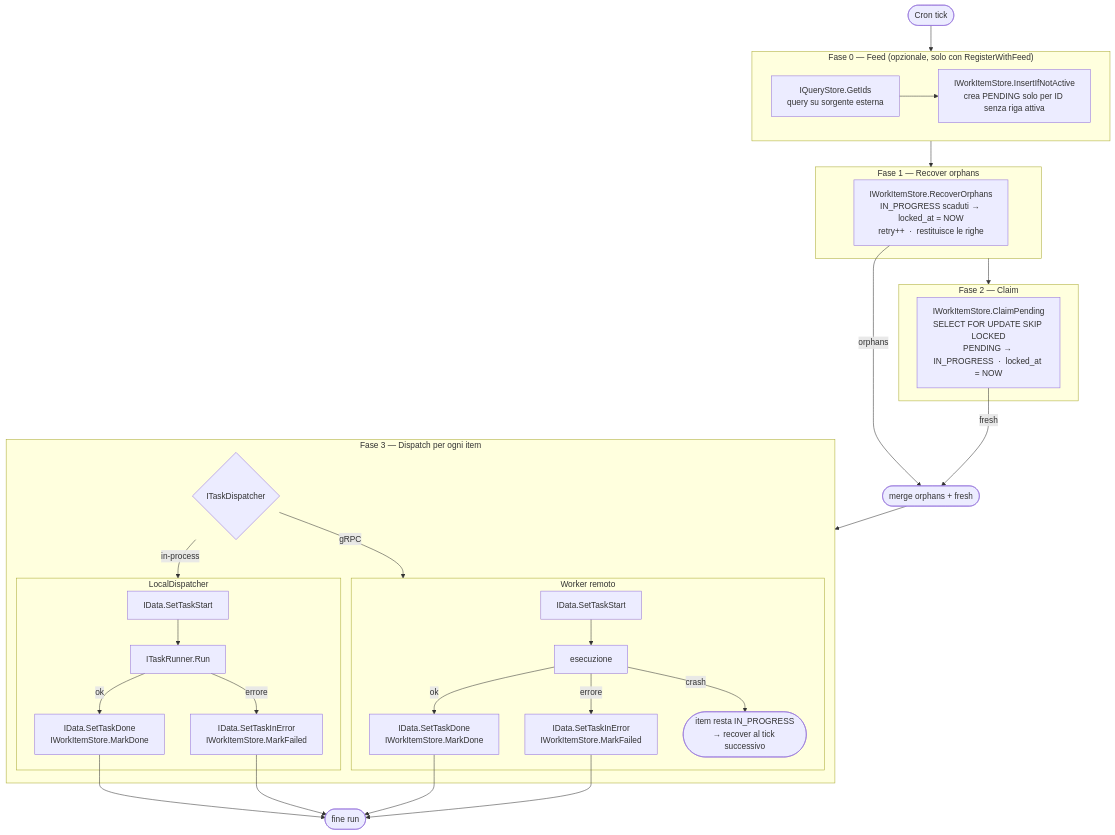
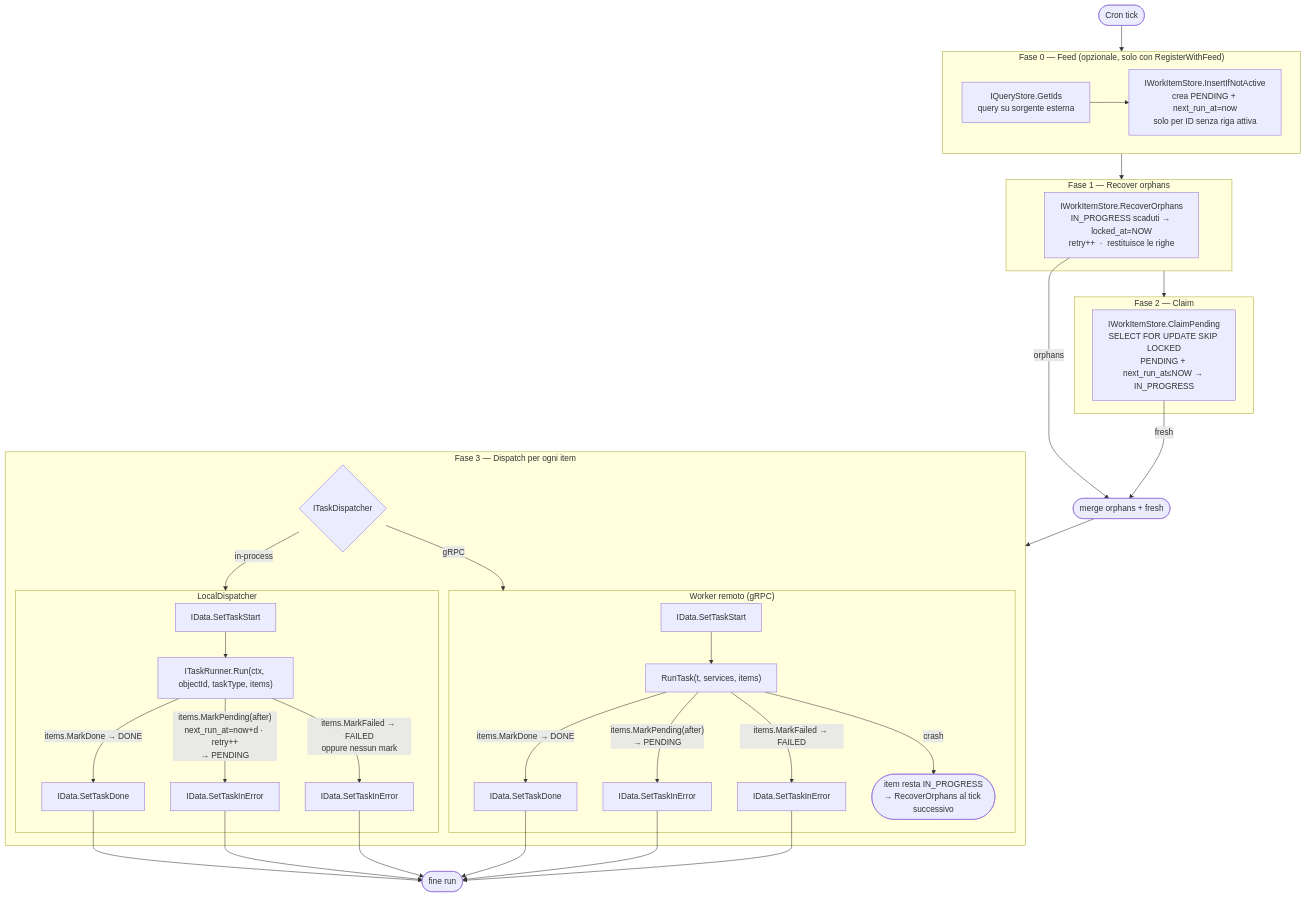
The diagram in README.md (GPA-Gruppo-Progetti-Avanzati-SRL/go-core-batch), drawn with Mermaid before and after one commit. The commit also changed other lines of this file and 12 other files, not shown here.

First line of the commit message:
Implement WorkItem retry mechanism with next_run_at scheduling and task-controlled lifecycle

````diff
--- a/README.md
+++ b/README.md
@@ -11,45 +11,47 @@
 ```mermaid
 flowchart TD
     CRON([Cron tick]) --> FEED
 
     subgraph FEED["Fase 0 — Feed (opzionale, solo con RegisterWithFeed)"]
-        QS[IQueryStore.GetIds\nquery su sorgente esterna] --> IINA[IWorkItemStore.InsertIfNotActive\ncrea PENDING solo per ID senza riga attiva]
+        QS[IQueryStore.GetIds\nquery su sorgente esterna] --> IINA["IWorkItemStore.InsertIfNotActive\ncrea PENDING + next_run_at=now\nsolo per ID senza riga attiva"]
     end
 
     FEED --> ORPHAN
 
     subgraph ORPHAN["Fase 1 — Recover orphans"]
-        RO[IWorkItemStore.RecoverOrphans\nIN_PROGRESS scaduti → locked_at = NOW\nretry++  ·  restituisce le righe]
+        RO["IWorkItemStore.RecoverOrphans\nIN_PROGRESS scaduti → locked_at=NOW\nretry++  ·  restituisce le righe"]
     end
 
     ORPHAN --> CLAIM
 
     subgraph CLAIM["Fase 2 — Claim"]
-        CP[IWorkItemStore.ClaimPending\nSELECT FOR UPDATE SKIP LOCKED\nPENDING → IN_PROGRESS  ·  locked_at = NOW]
+        CP["IWorkItemStore.ClaimPending\nSELECT FOR UPDATE SKIP LOCKED\nPENDING + next_run_at≤NOW → IN_PROGRESS"]
     end
 
     RO -- orphans --> MERGE
     CP -- fresh --> MERGE
     MERGE([merge orphans + fresh]) --> DISPATCH
 
     subgraph DISPATCH["Fase 3 — Dispatch per ogni item"]
         D{ITaskDispatcher}
         D -- in-process --> LOCAL
         D -- gRPC --> REMOTE
 
         subgraph LOCAL["LocalDispatcher"]
-            LS[IData.SetTaskStart] --> RUN[ITaskRunner.Run]
-            RUN -- ok --> LD[IData.SetTaskDone\nIWorkItemStore.MarkDone]
-            RUN -- errore --> LE[IData.SetTaskInError\nIWorkItemStore.MarkFailed]
+            LS[IData.SetTaskStart] --> RUN["ITaskRunner.Run(ctx, objectId, taskType, items)"]
+            RUN -- "items.MarkDone → DONE" --> LD[IData.SetTaskDone]
+            RUN -- "items.MarkPending(after)\nnext_run_at=now+d · retry++\n→ PENDING" --> LP[IData.SetTaskInError]
+            RUN -- "items.MarkFailed → FAILED\noppure nessun mark" --> LE[IData.SetTaskInError]
         end
 
-        subgraph REMOTE["Worker remoto"]
-            WS[IData.SetTaskStart] --> WRUN[esecuzione]
-            WRUN -- ok --> WD[IData.SetTaskDone\nIWorkItemStore.MarkDone]
-            WRUN -- errore --> WE[IData.SetTaskInError\nIWorkItemStore.MarkFailed]
-            WRUN -- crash --> ORPHANED([item resta IN_PROGRESS\n→ recover al tick successivo])
+        subgraph REMOTE["Worker remoto (gRPC)"]
+            WS[IData.SetTaskStart] --> WRUN["RunTask(t, services, items)"]
+            WRUN -- "items.MarkDone → DONE" --> WD[IData.SetTaskDone]
+            WRUN -- "items.MarkPending(after)\n→ PENDING" --> WP[IData.SetTaskInError]
+            WRUN -- "items.MarkFailed → FAILED" --> WE[IData.SetTaskInError]
+            WRUN -- crash --> ORPHANED(["item resta IN_PROGRESS\n→ RecoverOrphans al tick successivo"])
         end
     end
 
-    LD & LE & WD & WE --> DONE([fine run])
+    LD & LP & LE & WD & WP & WE --> DONE([fine run])
 ```
````
